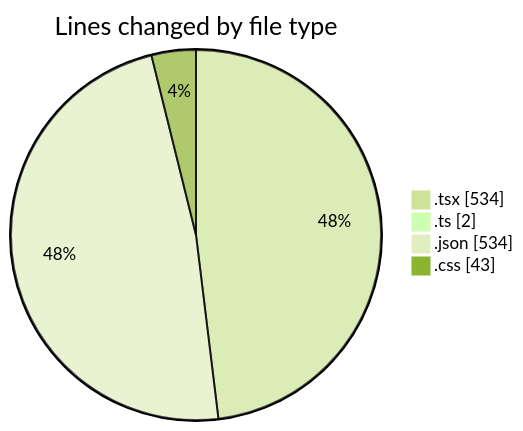
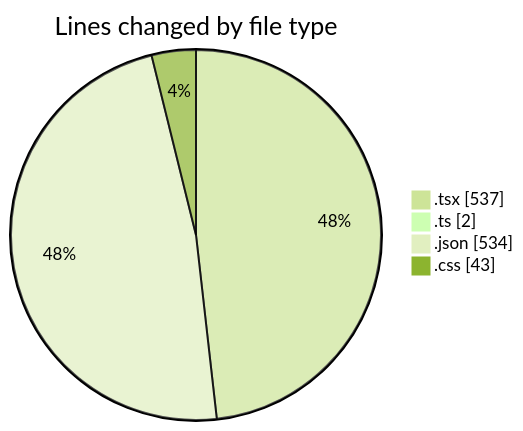
One commit to EIIisD/code-tracking changed the first of 2 diagrams in 2025-08-02/tw-server/README.md. Above: the diagram before and after it, drawn with Mermaid (forest theme). The commit also changed other lines of this file and 1 other file, not shown here.

````diff
--- a/2025-08-02/tw-server/README.md
+++ b/2025-08-02/tw-server/README.md
@@ -24,8 +24,8 @@
 ```mermaid
 pie showData
 title Lines changed by file type
-".tsx" : 534
+".tsx" : 537
 ".ts" : 2
 ".json" : 534
 ".css" : 43
 ```
````
